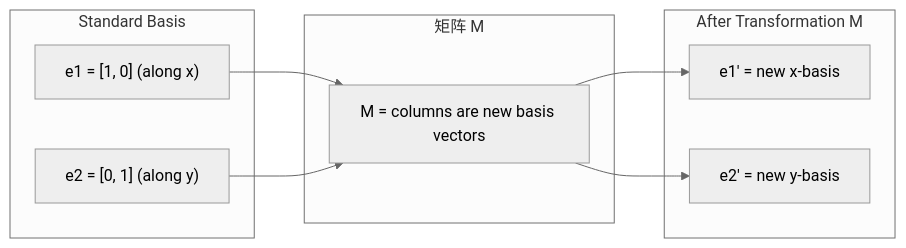
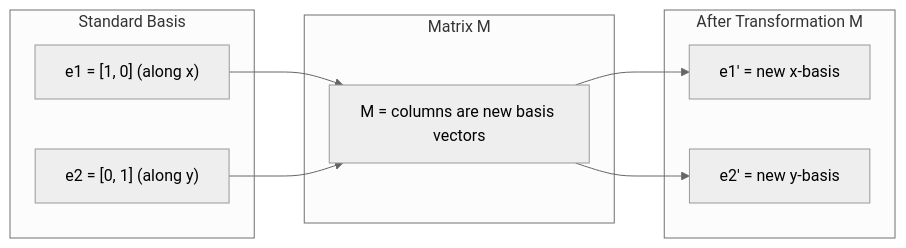
Before and after one commit to arwei944/ai-engineering-from-scratch: the first of 7 diagrams in phases/01-math-foundations/03-matrix-transformations/docs/zh.md, drawn with Mermaid (neutral theme). The commit also changed other lines of this file and 65 other files, not shown here.

````diff
--- a/phases/01-math-foundations/03-matrix-transformations/docs/zh.md
+++ b/phases/01-math-foundations/03-matrix-transformations/docs/zh.md
@@ -29,16 +29,16 @@
 ```mermaid
 graph LR
     subgraph Before["Standard Basis"]
         e1["e1 = [1, 0] (along x)"]
         e2["e2 = [0, 1] (along y)"]
     end
-    subgraph Transform["矩阵 M"]
+    subgraph Transform["Matrix M"]
         M["M = columns are new basis vectors"]
     end
     subgraph After["After Transformation M"]
         e1p["e1' = new x-basis"]
         e2p["e2' = new y-basis"]
     end
     e1 --> M --> e1p
     e2 --> M --> e2p
 ```
````
